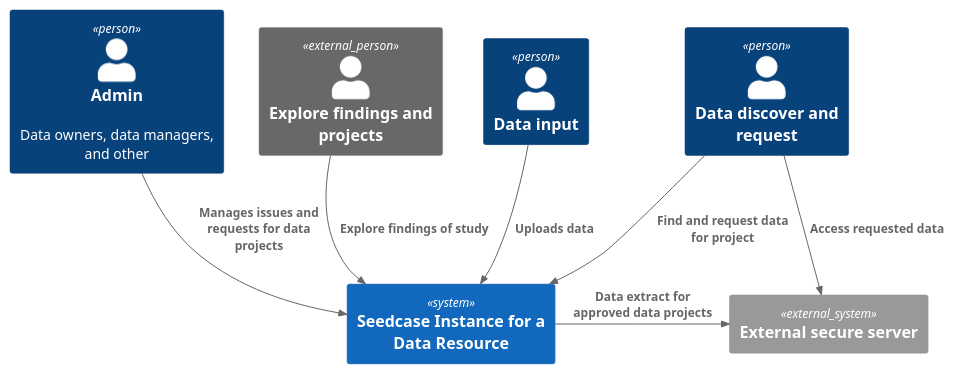
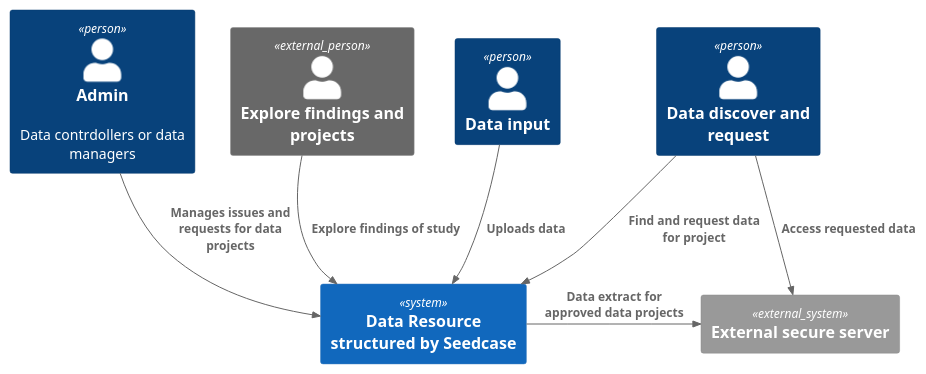
The diagram in design/images/context.puml (seedcase-project/seedcase-website), drawn with PlantUML before and after one commit. The commit also changed 2 other files, not shown here.

```diff
--- a/design/images/context.puml
+++ b/design/images/context.puml
@@ -1,21 +1,21 @@
 @startuml
 !include https://raw.githubusercontent.com/plantuml-stdlib/C4-PlantUML/master/C4_Context.puml
 
 Person(user_data_input, "Data input")
 Person(user_data_request, "Data discover and request")
-Person(user_admin, "Admin", "Data owners, data managers, and other ")
+Person(user_admin, "Admin", "Data contrdollers or data managers")
 
 Person_Ext(user_results, "Explore findings and projects")
 
 Lay_Right(user_admin, user_results)
 
-System(ui, "Seedcase Instance for a Data Resource")
+System(ui, "Data Resource structured by Seedcase")
 System_Ext(external_server, "External secure server")
 
 Rel(user_data_input, ui, "Uploads data")
 Rel(user_data_request, ui, "Find and request data for project")
 Rel(user_results, ui, "Explore findings of study")
 Rel(user_admin, ui, "Manages issues and requests for data projects")
 Rel_Right(ui, external_server, "Data extract for approved data projects")
 Rel(user_data_request, external_server, "Access requested data")
 @enduml
```
